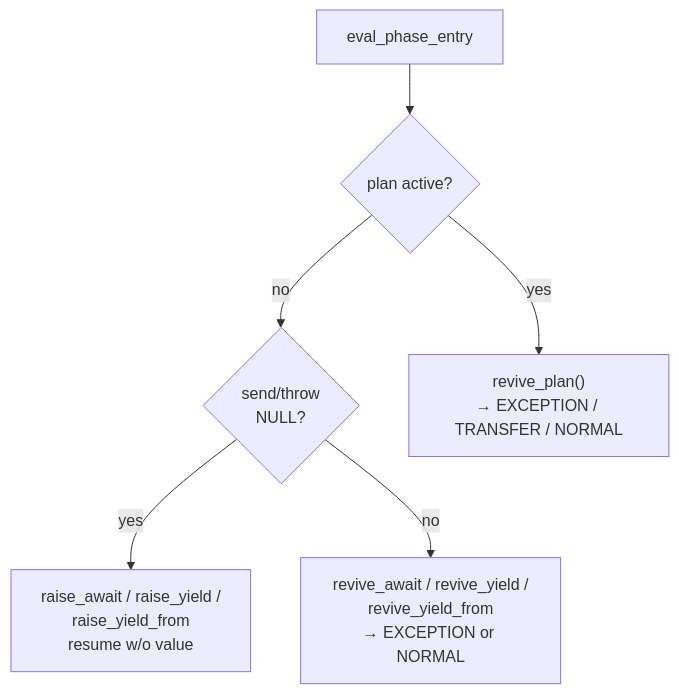
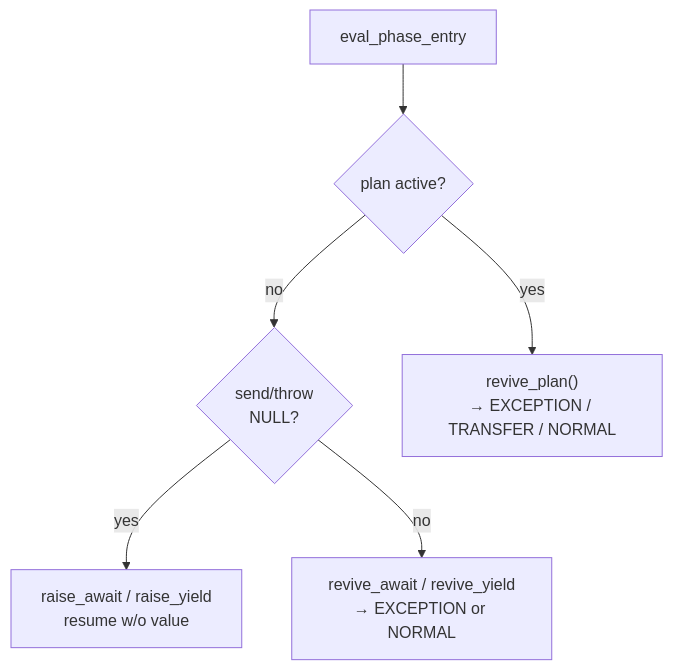
The second of 10 diagrams in design/EVALUATOR.md (koskari-lang/koskari), drawn with Mermaid before and after one commit. The commit also changed other lines of this file and 2 other files, not shown here.

````diff
--- a/design/EVALUATOR.md
+++ b/design/EVALUATOR.md
@@ -66,15 +66,15 @@
 ```mermaid
 flowchart TD
     entry["eval_phase_entry"]
     plan_check{"plan active?"}
     send_check{"send/throw<br/>NULL?"}
     revive_plan["revive_plan()<br/>→ EXCEPTION / TRANSFER / NORMAL"]
-    raise_xyz["raise_await / raise_yield /<br/>raise_yield_from<br/>resume w/o value"]
-    revive_xyz["revive_await / revive_yield /<br/>revive_yield_from<br/>→ EXCEPTION or NORMAL"]
+    raise_xyz["raise_await / raise_yield<br/>resume w/o value"]
+    revive_xyz["revive_await / revive_yield<br/>→ EXCEPTION or NORMAL"]
 
     entry --> plan_check
     plan_check -->|yes| revive_plan
     plan_check -->|no| send_check
     send_check -->|yes| raise_xyz
     send_check -->|no| revive_xyz
 ```
````
